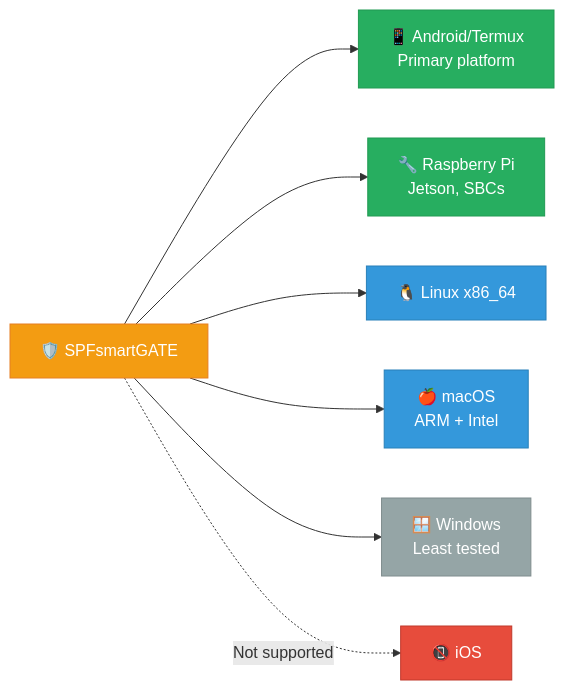
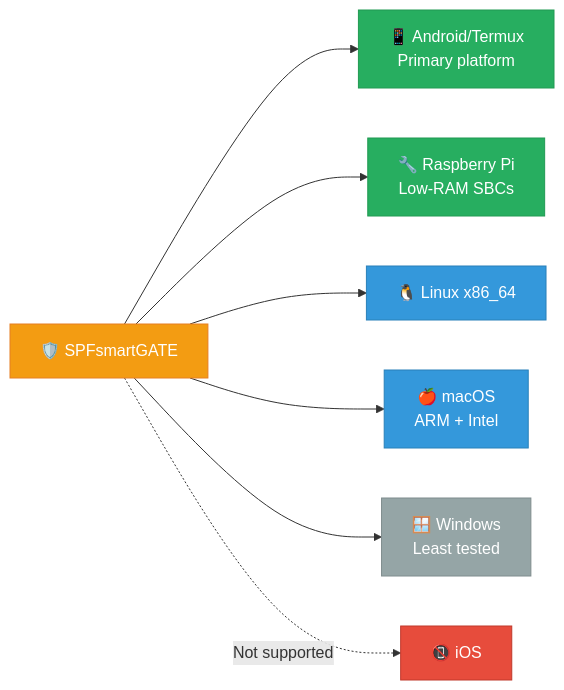
One commit to mvalancy/SPFsmartGATE changed the third of 3 diagrams in docs/threat-model.md. Above: the diagram before and after it, drawn with Mermaid. The commit also changed other lines of this file and 2 other files, not shown here.

First line of the commit message:
Fix Jetson claims and clarify what the 6 databases actually do

````diff
--- a/docs/threat-model.md
+++ b/docs/threat-model.md
@@ -127,19 +127,19 @@
 ```mermaid
 graph LR
     SPF["🛡️ SPFsmartGATE"]
 
     SPF --> PHONE["📱 Android/Termux<br/>Primary platform"]
-    SPF --> SBC["🔧 Raspberry Pi<br/>Jetson, SBCs"]
+    SPF --> SBC["🔧 Raspberry Pi<br/>Low-RAM SBCs"]
     SPF --> LINUX["🐧 Linux x86_64"]
     SPF --> MAC["🍎 macOS<br/>ARM + Intel"]
     SPF --> WIN["🪟 Windows<br/>Least tested"]
     SPF -.->|"Not supported"| IOS["📵 iOS"]
 
     style SPF fill:#F39C12,stroke:#E67E22,color:#fff
     style PHONE fill:#27AE60,stroke:#219A52,color:#fff
     style SBC fill:#27AE60,stroke:#219A52,color:#fff
     style LINUX fill:#3498DB,stroke:#2980B9,color:#fff
     style MAC fill:#3498DB,stroke:#2980B9,color:#fff
     style WIN fill:#95A5A6,stroke:#7F8C8D,color:#fff
     style IOS fill:#E74C3C,stroke:#C0392B,color:#fff
 ```
````
